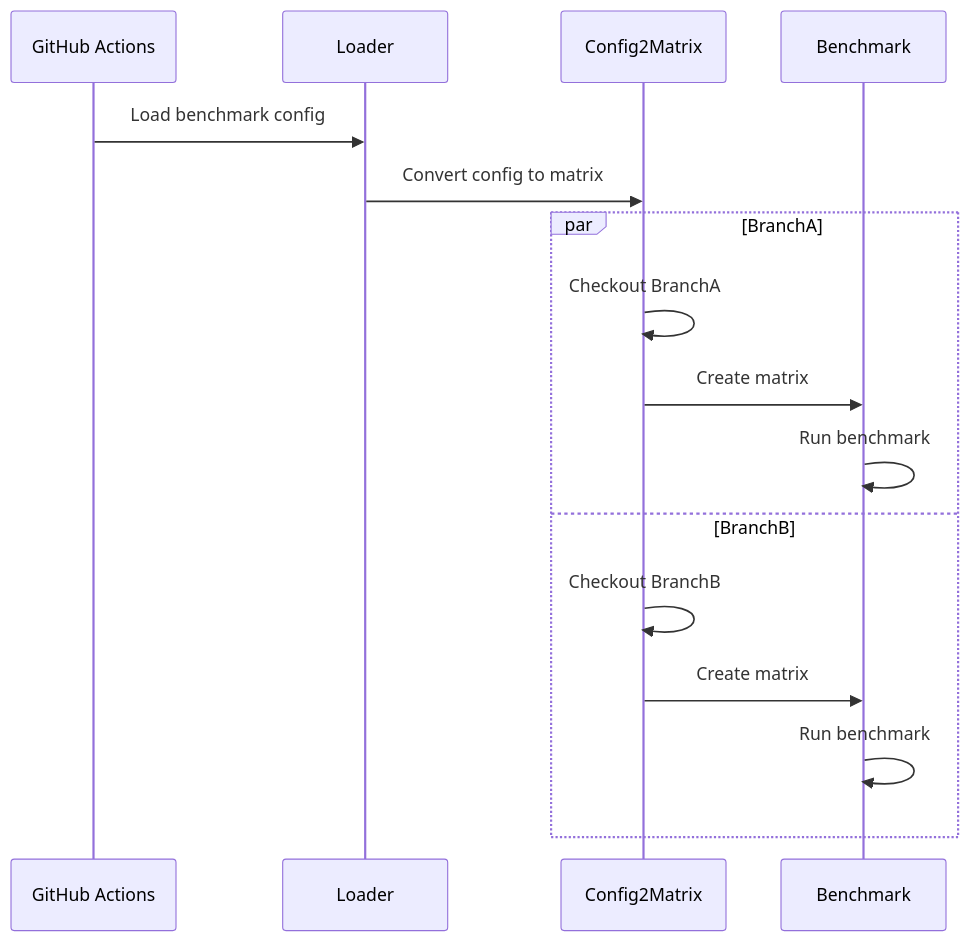
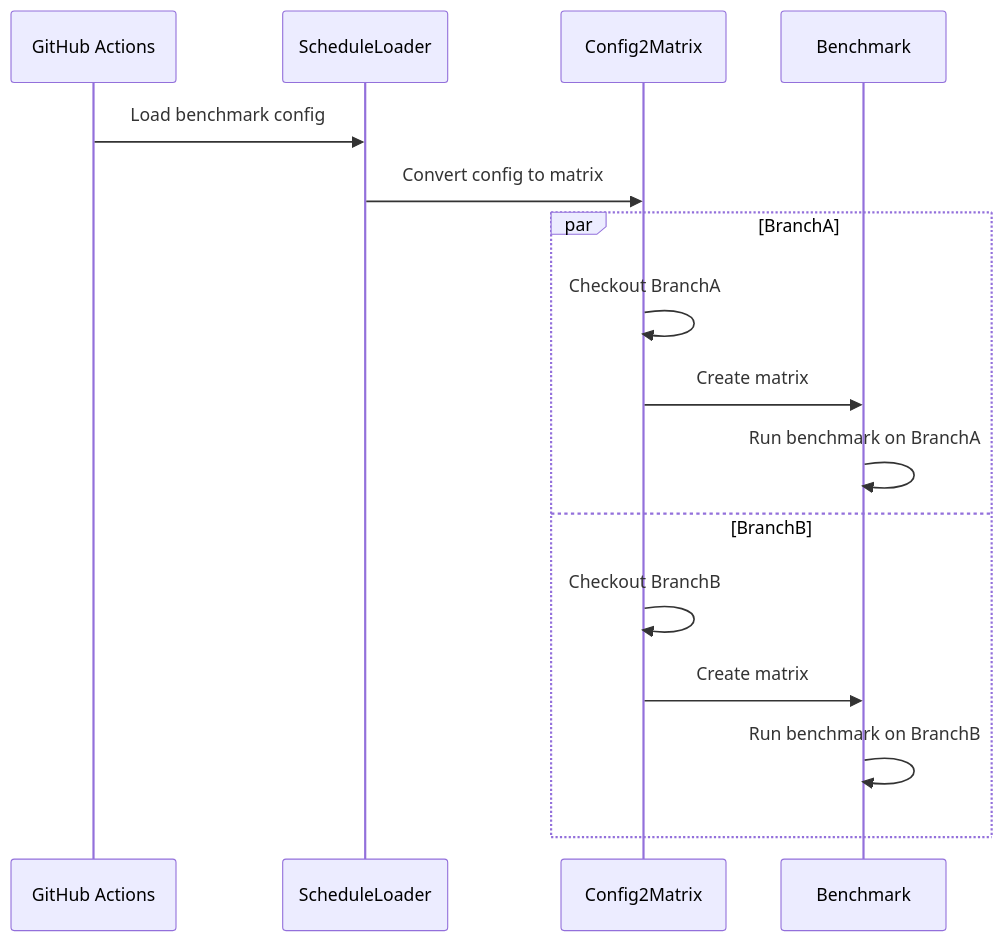
The second of 2 diagrams in .github/scripts/tests/README.md (Cysharp/Actions), drawn with Mermaid before and after one commit. The commit also changed other lines of this file, not shown here.

````diff
--- a/.github/scripts/tests/README.md
+++ b/.github/scripts/tests/README.md
@@ -5,19 +25,19 @@
 ```mermaid
 sequenceDiagram
     participant gha as GitHub Actions
-    participant loader as Loader
+    participant loader as ScheduleLoader
     participant config2matrix as Config2Matrix
     participant benchmark as Benchmark
 
     gha->>loader: Load benchmark config
     loader->>config2matrix: Convert config to matrix
     par BranchA
       config2matrix->>config2matrix: Checkout BranchA
       config2matrix->>benchmark: Create matrix
-      benchmark->>benchmark: Run benchmark
+      benchmark->>benchmark: Run benchmark on BranchA
     and BranchB
       config2matrix->>config2matrix: Checkout BranchB
       config2matrix->>benchmark: Create matrix
-      benchmark->>benchmark: Run benchmark
+      benchmark->>benchmark: Run benchmark on BranchB
     end
 ```
````
